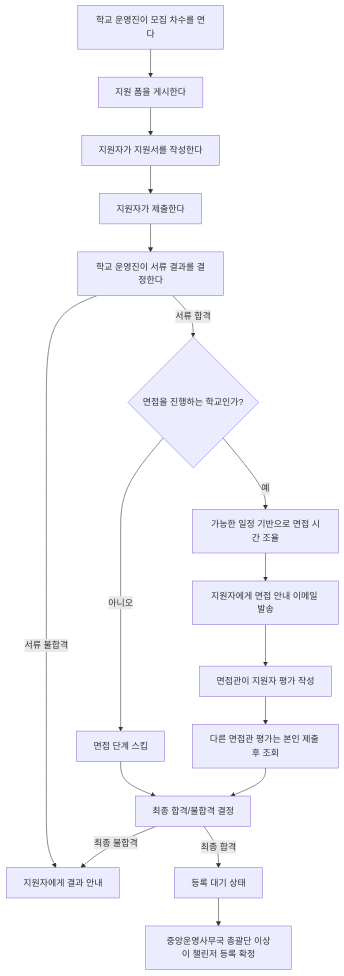
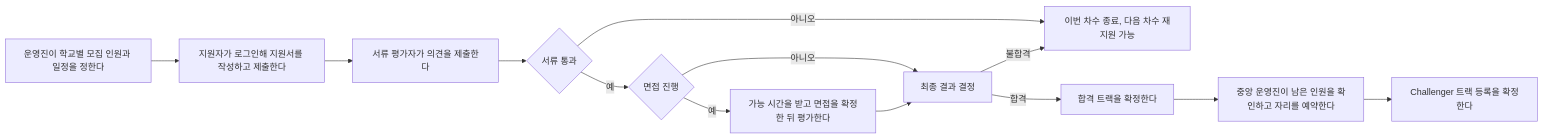
One commit to UMC-PRODUCT/cygnus-server changed the second of 2 diagrams in docs/onboarding/domain/recruiting.md. Above: the diagram before and after it, drawn with Mermaid. The commit also changed other lines of this file and 4 other files, not shown here.

````diff
--- a/docs/onboarding/domain/recruiting.md
+++ b/docs/onboarding/domain/recruiting.md
@@ -18,19 +127,15 @@
 ```mermaid
-flowchart TD
-  A["학교 운영진이 모집 차수를 연다"] --> B["지원 폼을 게시한다"]
-  B --> C["지원자가 지원서를 작성한다"]
-  C --> D["지원자가 제출한다"]
-  D --> E["학교 운영진이 서류 결과를 결정한다"]
-  E -->|서류 불합격| F["지원자에게 결과 안내"]
-  E -->|서류 합격| G{"면접을 진행하는 학교인가?"}
-  G -->|아니오| H["면접 단계 스킵"]
-  G -->|예| I["가능한 일정 기반으로 면접 시간 조율"]
-  I --> J["지원자에게 면접 안내 이메일 발송"]
-  J --> K["면접관이 지원자 평가 작성"]
-  K --> L["다른 면접관 평가는 본인 제출 후 조회"]
-  H --> M["최종 합격/불합격 결정"]
-  L --> M
-  M -->|최종 불합격| F
-  M -->|최종 합격| N["등록 대기 상태"]
-  N --> O["중앙운영사무국 총괄단 이상이 챌린저 등록 확정"]
+flowchart LR
+    A["운영진이 학교별 모집 인원과 일정을 정한다"] --> B["지원자가 로그인해 지원서를 작성하고 제출한다"]
+    B --> C["서류 평가자가 의견을 제출한다"]
+    C --> D{"서류 통과"}
+    D -->|"아니오"| E["이번 차수 종료, 다음 차수 재지원 가능"]
+    D -->|"예"| F{"면접 진행"}
+    F -->|"아니오"| H["최종 결과 결정"]
+    F -->|"예"| G["가능 시간을 받고 면접을 확정한 뒤 평가한다"]
+    G --> H
+    H -->|"불합격"| E
+    H -->|"합격"| I["합격 트랙을 확정한다"]
+    I --> J["중앙 운영진이 남은 인원을 확인하고 자리를 예약한다"]
+    J --> K["Challenger 트랙 등록을 확정한다"]
 ```
````
